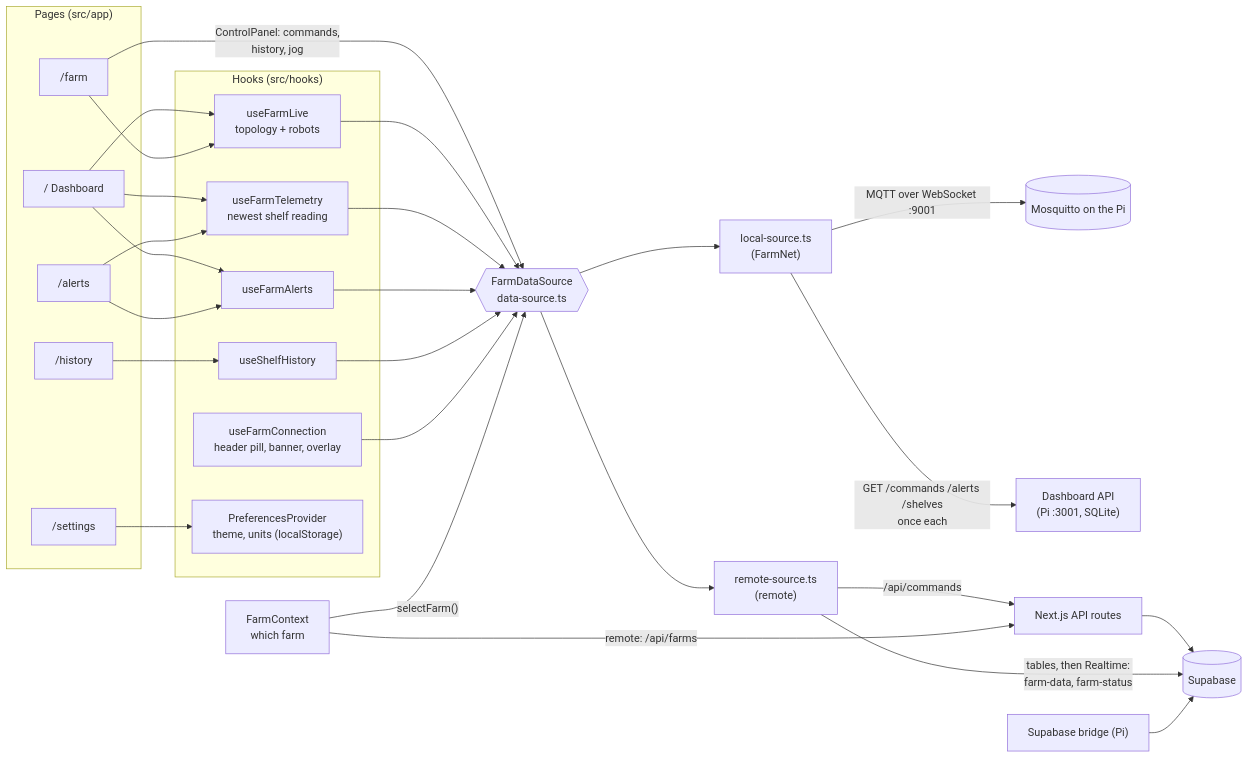
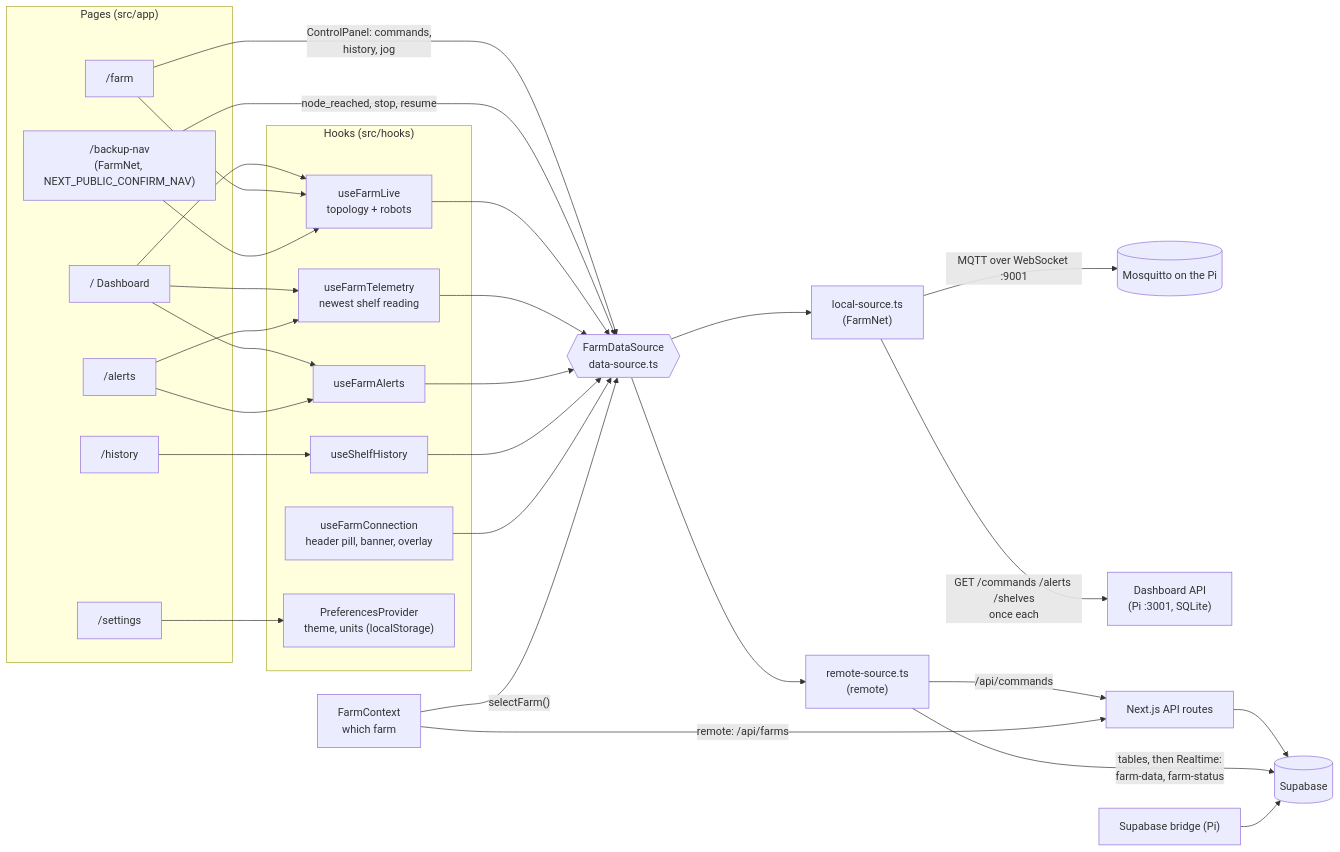
One commit to Ca1eb9/verdant-os changed the first of 5 diagrams in web/docs/architecture.md. Above: the diagram before and after it, drawn with Mermaid. The commit also changed 8 other files, not shown here.

````diff
--- a/web/docs/architecture.md
+++ b/web/docs/architecture.md
@@ -13,44 +13,47 @@
 ```mermaid
 flowchart LR
     subgraph Pages["Pages (src/app)"]
         Dash["/ Dashboard"]
         Farm["/farm"]
         Hist["/history"]
         Alerts["/alerts"]
         Settings["/settings"]
+        Backup["/backup-nav<br/>(FarmNet, NEXT_PUBLIC_CONFIRM_NAV)"]
     end
 
     subgraph Hooks["Hooks (src/hooks)"]
         Live["useFarmLive<br/>topology + robots"]
         Tele["useFarmTelemetry<br/>newest shelf reading"]
         AlertsH["useFarmAlerts"]
         HistH["useShelfHistory"]
         Conn["useFarmConnection<br/>header pill, banner, overlay"]
         Prefs["PreferencesProvider<br/>theme, units (localStorage)"]
     end
 
     FarmCtx["FarmContext<br/>which farm"]
     DS{{"FarmDataSource<br/>data-source.ts"}}
 
     Dash --> Tele & AlertsH & Live
     Farm --> Live
     Farm -- "ControlPanel: commands,<br/>history, jog" --> DS
     Hist --> HistH
     Alerts --> AlertsH & Tele
     Settings --> Prefs
+    Backup --> Live
+    Backup -- "node_reached, stop, resume" --> DS
 
     Live & Tele & AlertsH & HistH & Conn --> DS
     FarmCtx -- "selectFarm()" --> DS
 
     DS --> Local["local-source.ts<br/>(FarmNet)"]
     DS --> Remote["remote-source.ts<br/>(remote)"]
 
     Local -- "MQTT over WebSocket :9001" --> Broker[("Mosquitto on the Pi")]
     Local -- "GET /commands /alerts /shelves<br/>once each" --> DApi["Dashboard API<br/>(Pi :3001, SQLite)"]
 
     Remote -- "/api/commands" --> Next["Next.js API routes"]
     FarmCtx -- "remote: /api/farms" --> Next
     Next --> Supa[("Supabase")]
     Remote -- "tables, then Realtime:<br/>farm-data, farm-status" --> Supa
     Bridge["Supabase bridge (Pi)"] --> Supa
 ```
````
